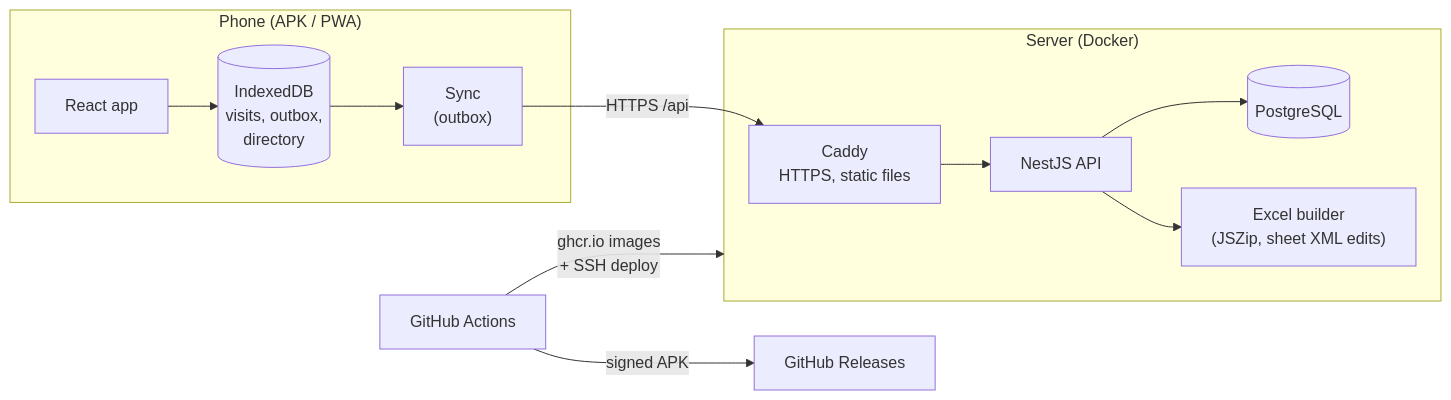
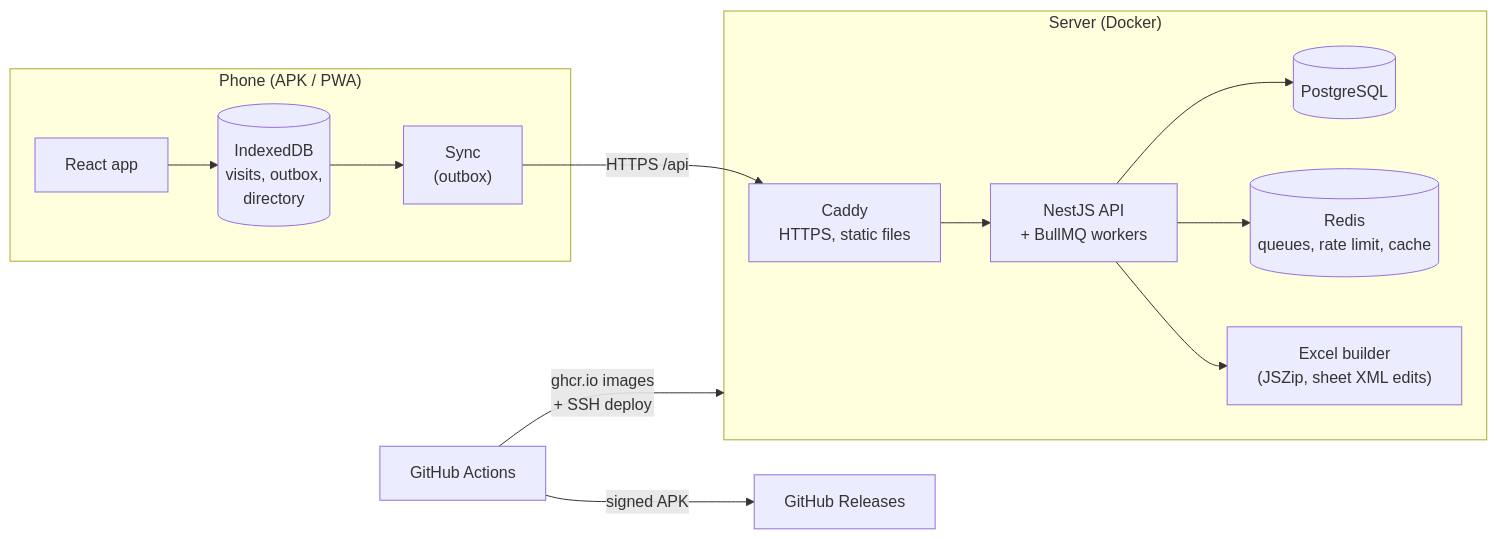
One commit to Dqnial/mp-report changed the diagram in README.md. Above: the diagram before and after it, drawn with Mermaid. The commit also changed other lines of this file and 60 other files, not shown here.

First line of the commit message:
feat: Redis, BullMQ queues, login rate limit, report cache, Swagger, E2E

````diff
--- a/README.md
+++ b/README.md
@@ -62,15 +64,16 @@
 ```mermaid
 flowchart LR
   subgraph Phone["Phone (APK / PWA)"]
     UI["React app"] --> IDB[("IndexedDB<br/>visits, outbox,<br/>directory")]
     IDB --> Sync["Sync<br/>(outbox)"]
   end
   Sync -- "HTTPS /api" --> Caddy
   subgraph Server["Server (Docker)"]
-    Caddy["Caddy<br/>HTTPS, static files"] --> API["NestJS API"]
+    Caddy["Caddy<br/>HTTPS, static files"] --> API["NestJS API<br/>+ BullMQ workers"]
     API --> PG[("PostgreSQL")]
+    API --> RD[("Redis<br/>queues, rate limit, cache")]
     API --> XLSX["Excel builder<br/>(JSZip, sheet XML edits)"]
   end
   CI["GitHub Actions"] -- "ghcr.io images<br/>+ SSH deploy" --> Server
   CI -- "signed APK" --> Releases["GitHub Releases"]
 ```
````
